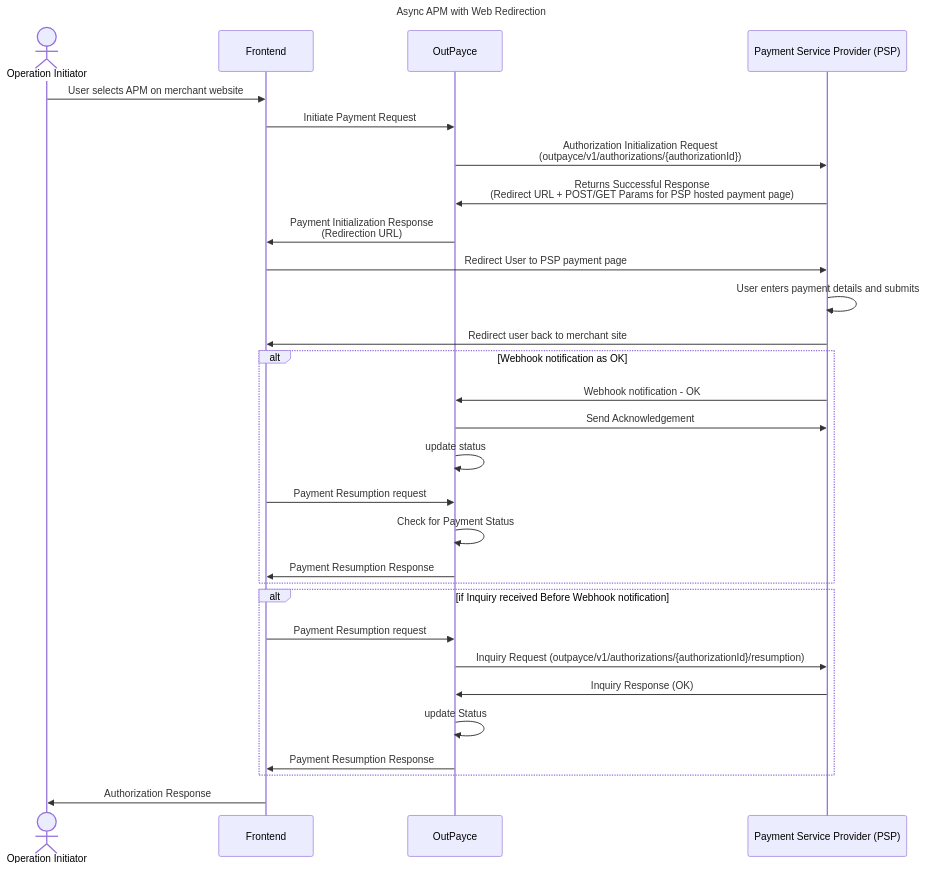
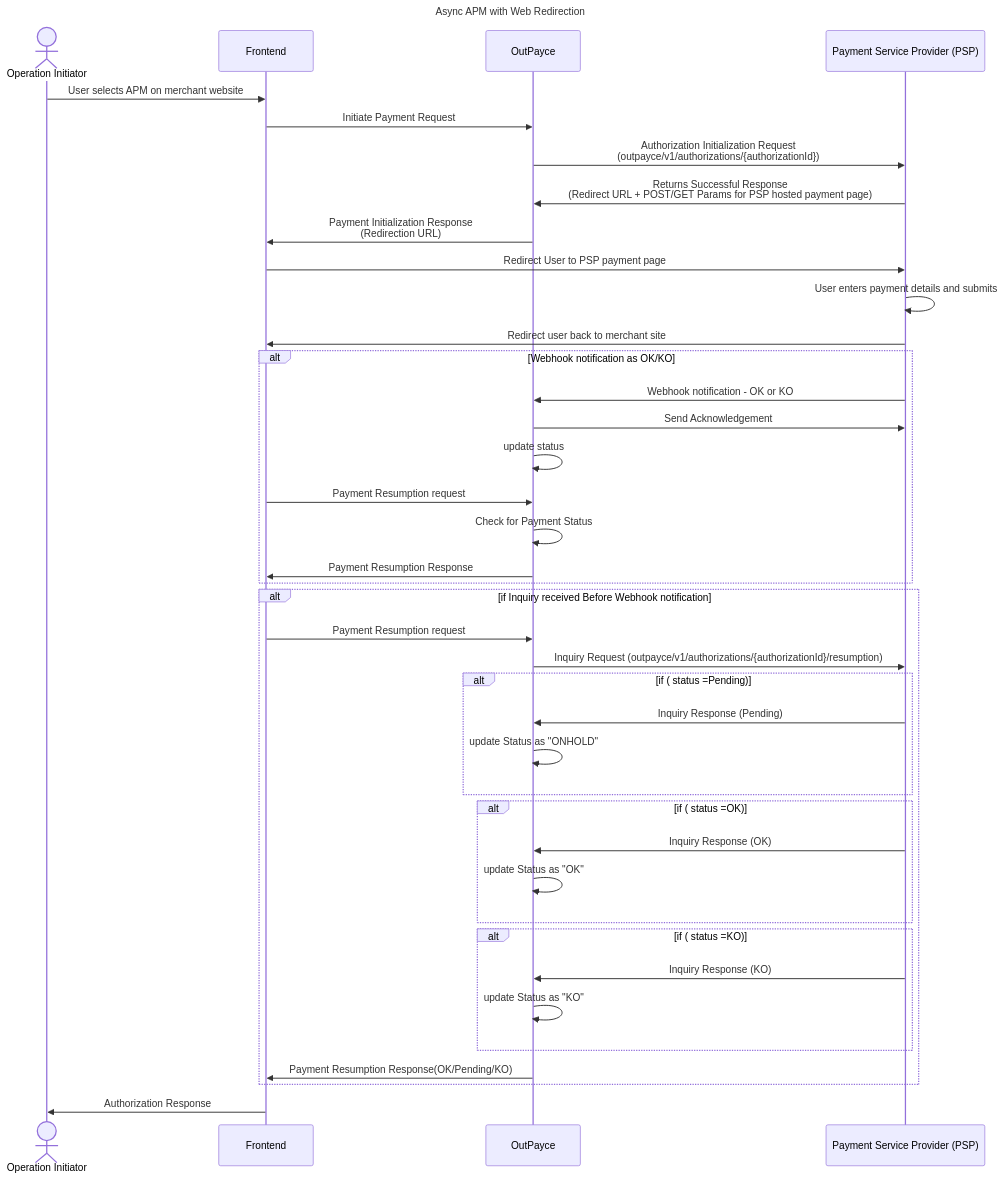
The second of 6 diagrams in specification-swagger/user-guide-Connect-api-APMs-acceptance.md (outpaycelab/outpayce-connect-api), drawn with Mermaid before and after one commit. The commit also changed other lines of this file, not shown here.

Commit message:
updating user-guide-APMs-acceptance

````diff
--- a/specification-swagger/user-guide-Connect-api-APMs-acceptance.md
+++ b/specification-swagger/user-guide-Connect-api-APMs-acceptance.md
@@ -961,53 +1058,46 @@
 ```mermaid
   sequenceDiagram
 
 Title: Async APM with Web Redirection
- 
+
 actor OI as Operation Initiator
 participant FE as Frontend
 participant APS as OutPayce
 participant PSP as Payment Service Provider (PSP)
- 
-   OI->> FE : User selects APM on merchant website
-    FE ->> APS: Initiate Payment Request
-    APS ->> PSP: Authorization Initialization Request <br>(outpayce/v1/authorizations/{authorizationId})
-    PSP ->> APS: Returns Successful Response <br/> (Redirect URL + POST/GET Params for PSP hosted payment page) 
-    APS ->> FE: Payment Initialization Response <br/> (Redirection URL) 
-    FE->>PSP: Redirect User to PSP payment page
-    PSP->>PSP: User enters payment details and submits
-    PSP->>FE: Redirect user back to merchant site 
- 
-
-
-alt Webhook notification as OK
-
-PSP->>APS:Webhook notification - OK
-
-APS->>PSP:Send Acknowledgement
-
-APS->>APS:update status
-
-FE->>APS:Payment Resumption request
-APS->>APS:Check for Payment Status
-APS->>FE:Payment Resumption Response
-
+OI->> FE: User selects APM on merchant website
+FE->> APS: Initiate Payment Request
+APS->> PSP: Authorization Initialization Request <br>(outpayce/v1/authorizations/{authorizationId})
+PSP->> APS: Returns Successful Response <br/> (Redirect URL + POST/GET Params for PSP hosted payment page)
+APS->> FE: Payment Initialization Response <br/> (Redirection URL)
+FE->> PSP: Redirect User to PSP payment page
+PSP->> PSP: User enters payment details and submits
+PSP->> FE: Redirect user back to merchant site
+alt Webhook notification as OK/KO
+    PSP->> APS: Webhook notification - OK or KO
+    APS->> PSP: Send Acknowledgement
+    APS->> APS: update status
+    FE->> APS: Payment Resumption request
+    APS->> APS: Check for Payment Status
+    APS->> FE: Payment Resumption Response
 end
-
-alt if Inquiry received Before Webhook notification 
-
-FE->>APS:Payment Resumption request
-
-APS->>PSP:Inquiry Request (outpayce/v1/authorizations/{authorizationId}/resumption)
-
-PSP->>APS:Inquiry Response (OK)
-
-APS->>APS:update Status 
-
-APS->>FE:Payment Resumption Response
-
+alt if Inquiry received Before Webhook notification
+    FE->> APS: Payment Resumption request
+    APS->> PSP: Inquiry Request (outpayce/v1/authorizations/{authorizationId}/resumption)
+    alt if ( status =Pending)
+    PSP->> APS: Inquiry Response (Pending) 
+    APS->> APS: update Status as "ONHOLD"
+    end
+    alt if ( status =OK)
+    PSP->> APS: Inquiry Response (OK) 
+    APS->> APS: update Status as "OK"
+    end
+    alt if ( status =KO)
+    PSP->> APS: Inquiry Response (KO) 
+    APS->> APS: update Status as "KO"
+    end
+    APS->> FE: Payment Resumption Response(OK/Pending/KO)
 end
- FE->>OI: Authorization Response
-
+FE->> OI: Authorization Response
 %%{init:{'themeCSS':'.messageText:nth-of-type(3) {  font-size: 18px !important;};.messageText:nth-of-type(5) {  font-size: 18px !important;}'}}%%
 
 ```
````
